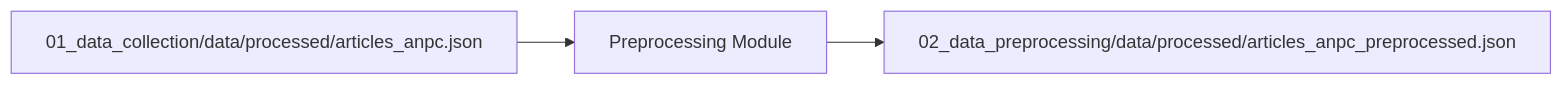
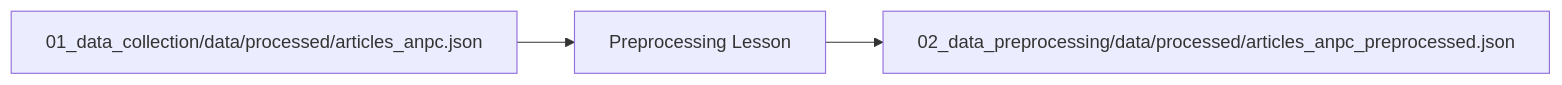
The diagram in 02_data_preprocessing/README.md (mcmarius/inlp), drawn with Mermaid before and after one commit. The commit also changed other lines of this file and 35 other files, not shown here.

````diff
--- a/02_data_preprocessing/README.md
+++ b/02_data_preprocessing/README.md
@@ -65,5 +65,5 @@
 ```mermaid
 graph LR
-    A[01_data_collection/data/processed/articles_anpc.json] --> B[Preprocessing Module]
+    A[01_data_collection/data/processed/articles_anpc.json] --> B[Preprocessing Lesson]
     B --> C[02_data_preprocessing/data/processed/articles_anpc_preprocessed.json]
 ```
````
